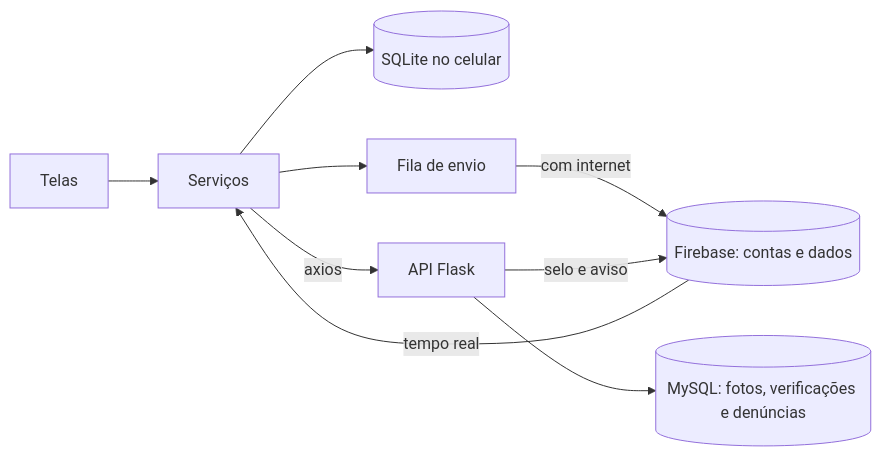
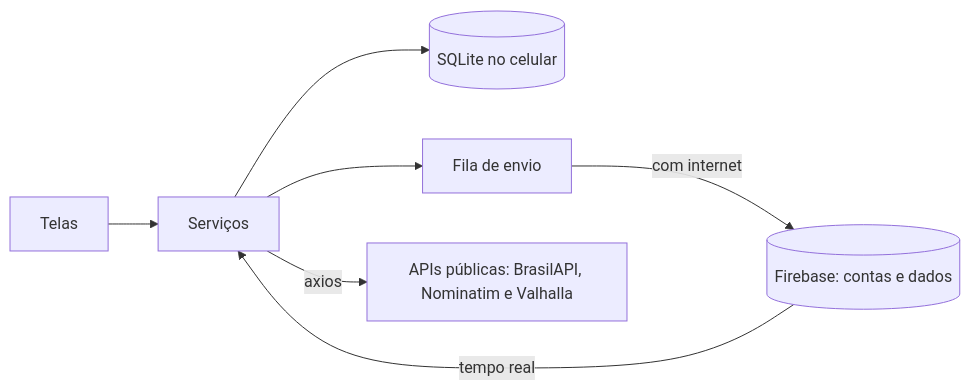
The diagram in README.md (Paulo0332/InfoAbrigo), drawn with Mermaid before and after one commit. The commit also changed other lines of this file and 5 other files, not shown here.

````diff
--- a/README.md
+++ b/README.md
@@ -39,11 +39,9 @@
 ```mermaid
 flowchart LR
     T[Telas] --> S[Serviços]
     S --> L[(SQLite no celular)]
     S --> F[Fila de envio]
     F -->|com internet| R[(Firebase: contas e dados)]
     R -->|tempo real| S
-    S -->|axios| A[API Flask]
-    A --> M[(MySQL: fotos, verificações e denúncias)]
-    A -->|selo e aviso| R
+    S -->|axios| P[APIs públicas: BrasilAPI, Nominatim e Valhalla]
 ```
````
